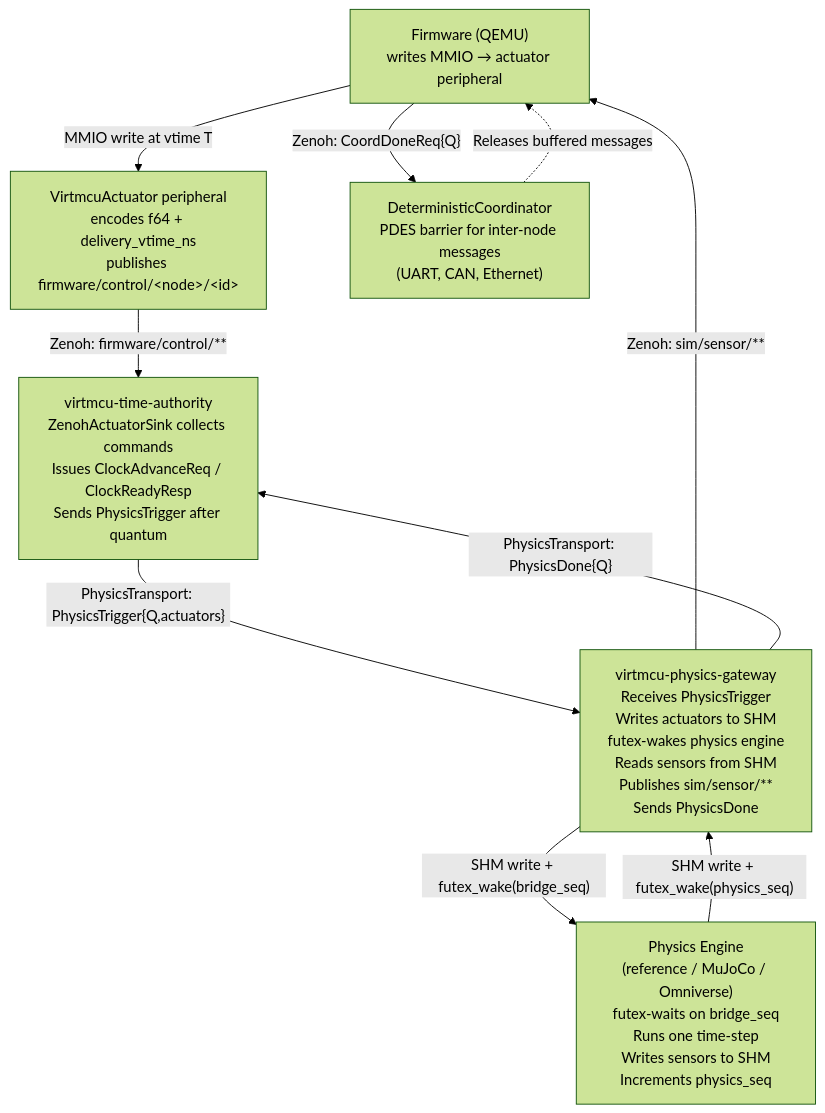
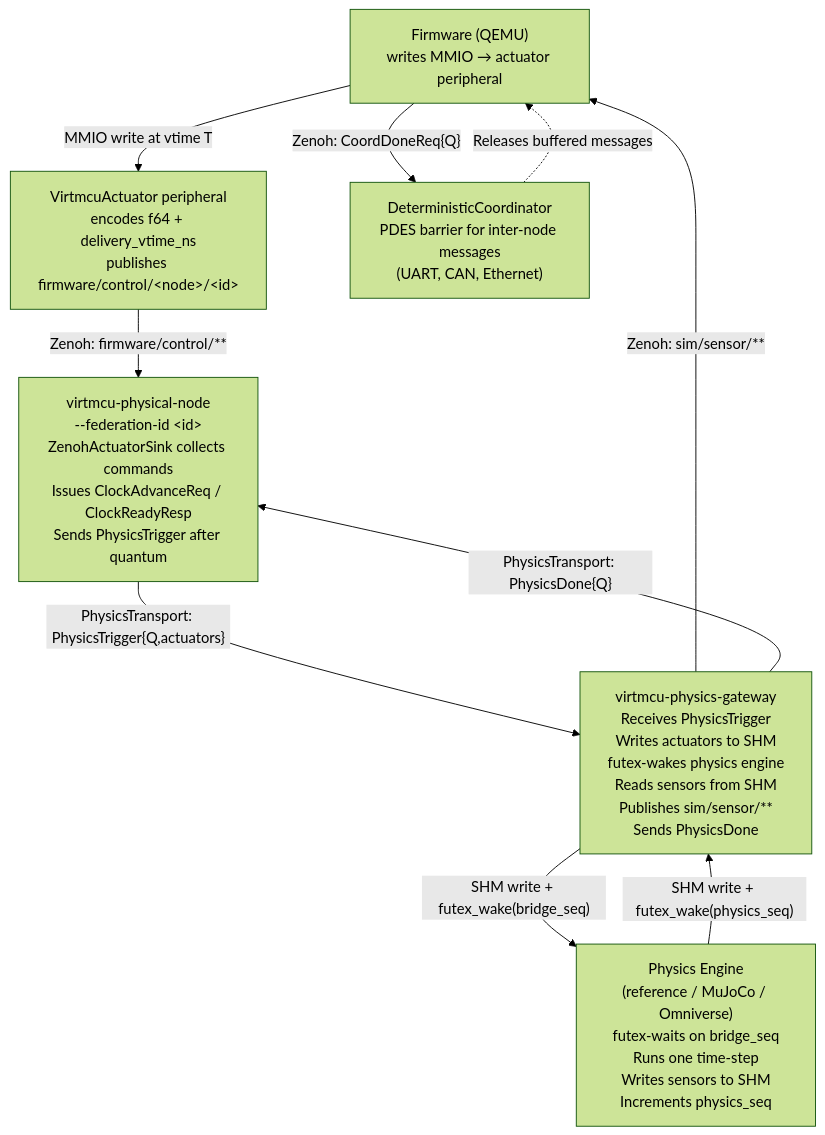
The first of 3 diagrams in docs/architecture/12-physics-gateway.md (RefractSystems/qenode), drawn with Mermaid (forest theme) before and after one commit. The commit also changed other lines of this file and 124 other files, not shown here.

````diff
--- a/docs/architecture/12-physics-gateway.md
+++ b/docs/architecture/12-physics-gateway.md
@@ -66,19 +66,19 @@
 ```mermaid
 graph TD
     FW["Firmware (QEMU)<br/>writes MMIO → actuator peripheral"]
     ACT["VirtmcuActuator peripheral<br/>encodes f64 + delivery_vtime_ns<br/>publishes firmware/control/&lt;node&gt;/&lt;id&gt;"]
-    TA["virtmcu-time-authority<br/>ZenohActuatorSink collects commands<br/>Issues ClockAdvanceReq / ClockReadyResp<br/>Sends PhysicsTrigger after quantum"]
+    PN["virtmcu-physical-node<br/>--federation-id &lt;id&gt;<br/>ZenohActuatorSink collects commands<br/>Issues ClockAdvanceReq / ClockReadyResp<br/>Sends PhysicsTrigger after quantum"]
     GW["virtmcu-physics-gateway<br/>Receives PhysicsTrigger<br/>Writes actuators to SHM<br/>futex-wakes physics engine<br/>Reads sensors from SHM<br/>Publishes sim/sensor/**<br/>Sends PhysicsDone"]
     PE["Physics Engine<br/>(reference / MuJoCo / Omniverse)<br/>futex-waits on bridge_seq<br/>Runs one time-step<br/>Writes sensors to SHM<br/>Increments physics_seq"]
     COORD["DeterministicCoordinator<br/>PDES barrier for inter-node messages<br/>(UART, CAN, Ethernet)"]
 
     FW -->|"MMIO write at vtime T"| ACT
-    ACT -->|"Zenoh: firmware/control/**"| TA
-    TA -->|"PhysicsTransport: PhysicsTrigger{Q,actuators}"| GW
+    ACT -->|"Zenoh: firmware/control/**"| PN
+    PN -->|"PhysicsTransport: PhysicsTrigger{Q,actuators}"| GW
     GW -->|"SHM write + futex_wake(bridge_seq)"| PE
     PE -->|"SHM write + futex_wake(physics_seq)"| GW
     GW -->|"Zenoh: sim/sensor/**"| FW
-    GW -->|"PhysicsTransport: PhysicsDone{Q}"| TA
+    GW -->|"PhysicsTransport: PhysicsDone{Q}"| PN
     FW -->|"Zenoh: CoordDoneReq{Q}"| COORD
     COORD -.->|"Releases buffered messages"| FW
 ```
````
